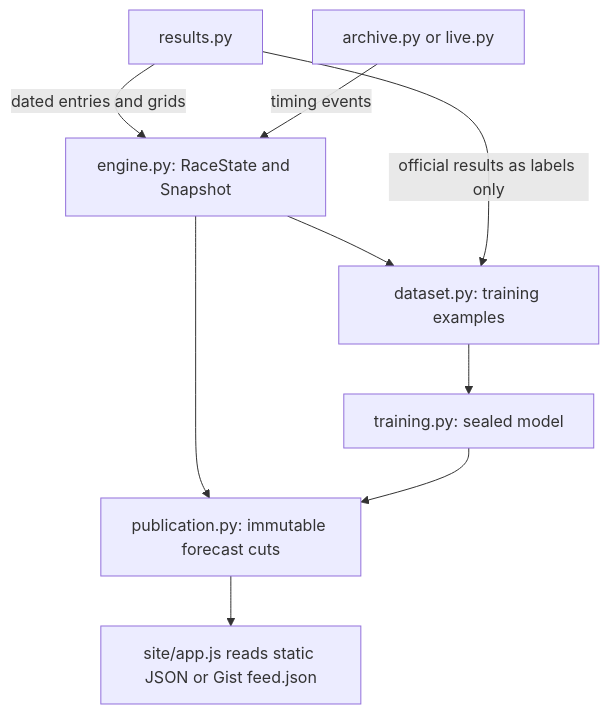
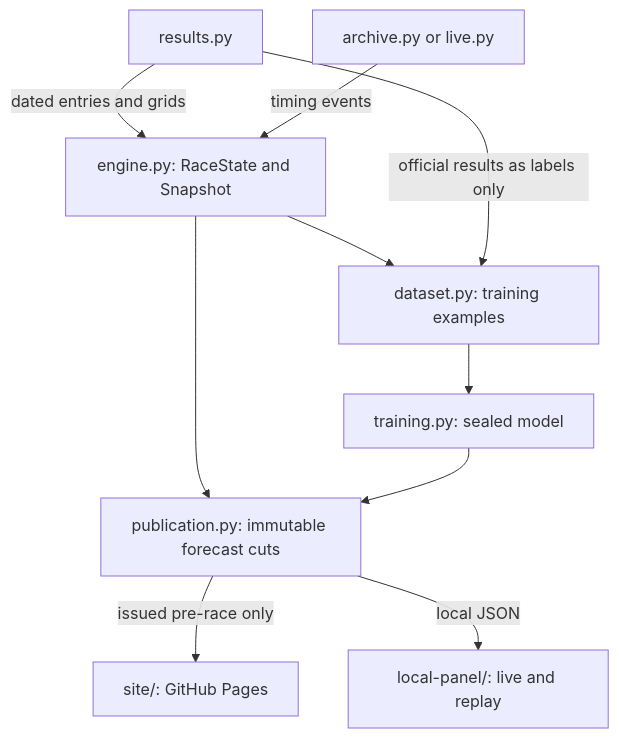
The diagram in AGENTS.md (Hibra999/F1-AwesomeMachinePredictor), drawn with Mermaid before and after one commit. The commit also changed other lines of this file and 21 other files, not shown here.

First line of the commit message:
feat: separate pre-race Pages from local race control

````diff
--- a/AGENTS.md
+++ b/AGENTS.md
@@ -9,11 +9,12 @@
 ```mermaid
 flowchart TD
     R["results.py"] -->|dated entries and grids| S["engine.py: RaceState and Snapshot"]
     A["archive.py or live.py"] -->|timing events| S
     S --> D["dataset.py: training examples"]
     R -->|official results as labels only| D
     D --> M["training.py: sealed model"]
     S --> P["publication.py: immutable forecast cuts"]
     M --> P
-    P --> U["site/app.js reads static JSON or Gist feed.json"]
+    P -->|issued pre-race only| U["site/: GitHub Pages"]
+    P -->|local JSON| L["local-panel/: live and replay"]
 ```
````
